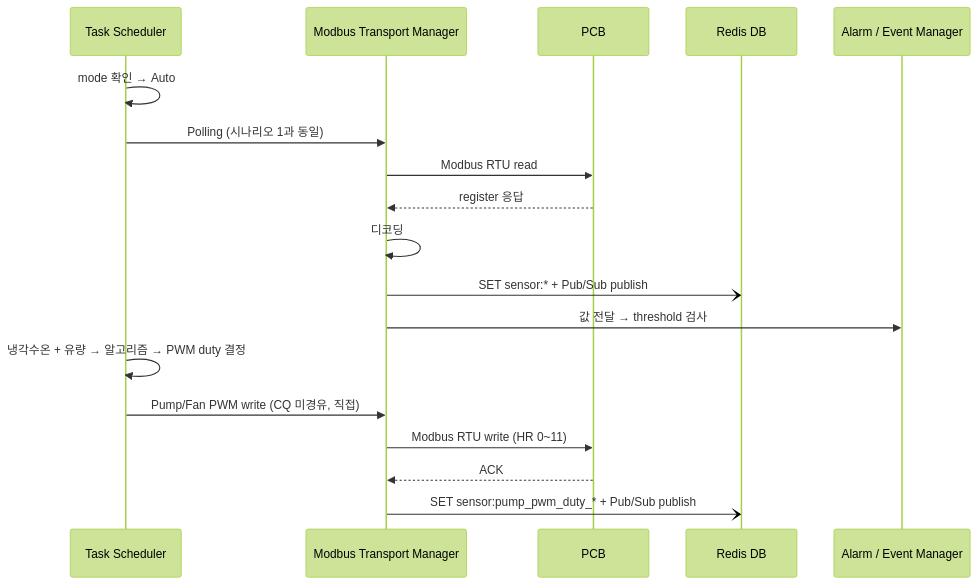
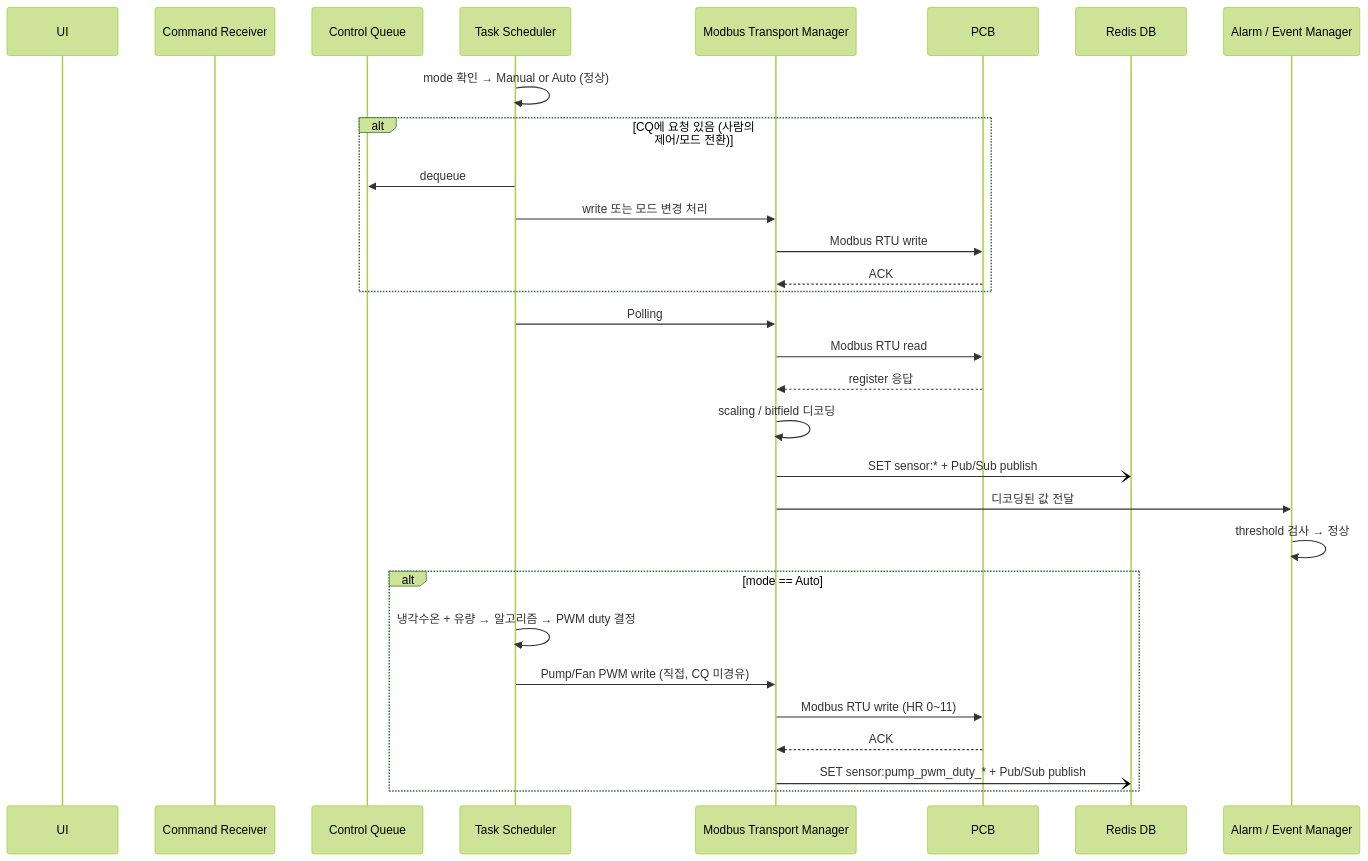
Before and after one commit to DEEPGadget/L2A_CDU_system: the first of 3 diagrams in docs/MCG.md, drawn with Mermaid (forest theme). The commit also changed other lines of this file and 1 other file, not shown here.

````diff
--- a/docs/MCG.md
+++ b/docs/MCG.md
@@ -264,22 +201,36 @@
 ```mermaid
 sequenceDiagram
+    participant UI as UI
+    participant CR as Command Receiver
+    participant CQ as Control Queue
     participant TS as Task Scheduler
     participant MTM as Modbus Transport Manager
     participant PCB as PCB
     participant Redis as Redis DB
     participant AEM as Alarm / Event Manager
 
-    TS->>TS: mode 확인 → Auto
-    TS->>MTM: Polling (시나리오 1과 동일)
+    TS->>TS: mode 확인 → Manual or Auto (정상)
+
+    alt CQ에 요청 있음 (사람의 제어/모드 전환)
+        TS->>CQ: dequeue
+        TS->>MTM: write 또는 모드 변경 처리
+        MTM->>PCB: Modbus RTU write
+        PCB-->>MTM: ACK
+    end
+
+    TS->>MTM: Polling
     MTM->>PCB: Modbus RTU read
     PCB-->>MTM: register 응답
-    MTM->>MTM: 디코딩
+    MTM->>MTM: scaling / bitfield 디코딩
     MTM-)Redis: SET sensor:* + Pub/Sub publish
-    MTM->>AEM: 값 전달 → threshold 검사
+    MTM->>AEM: 디코딩된 값 전달
+    AEM->>AEM: threshold 검사 → 정상
 
-    TS->>TS: 냉각수온 + 유량 → 알고리즘 → PWM duty 결정
-    TS->>MTM: Pump/Fan PWM write (CQ 미경유, 직접)
-    MTM->>PCB: Modbus RTU write (HR 0~11)
-    PCB-->>MTM: ACK
-    MTM-)Redis: SET sensor:pump_pwm_duty_* + Pub/Sub publish
+    alt mode == Auto
+        TS->>TS: 냉각수온 + 유량 → 알고리즘 → PWM duty 결정
+        TS->>MTM: Pump/Fan PWM write (직접, CQ 미경유)
+        MTM->>PCB: Modbus RTU write (HR 0~11)
+        PCB-->>MTM: ACK
+        MTM-)Redis: SET sensor:pump_pwm_duty_* + Pub/Sub publish
+    end
 ```
````
